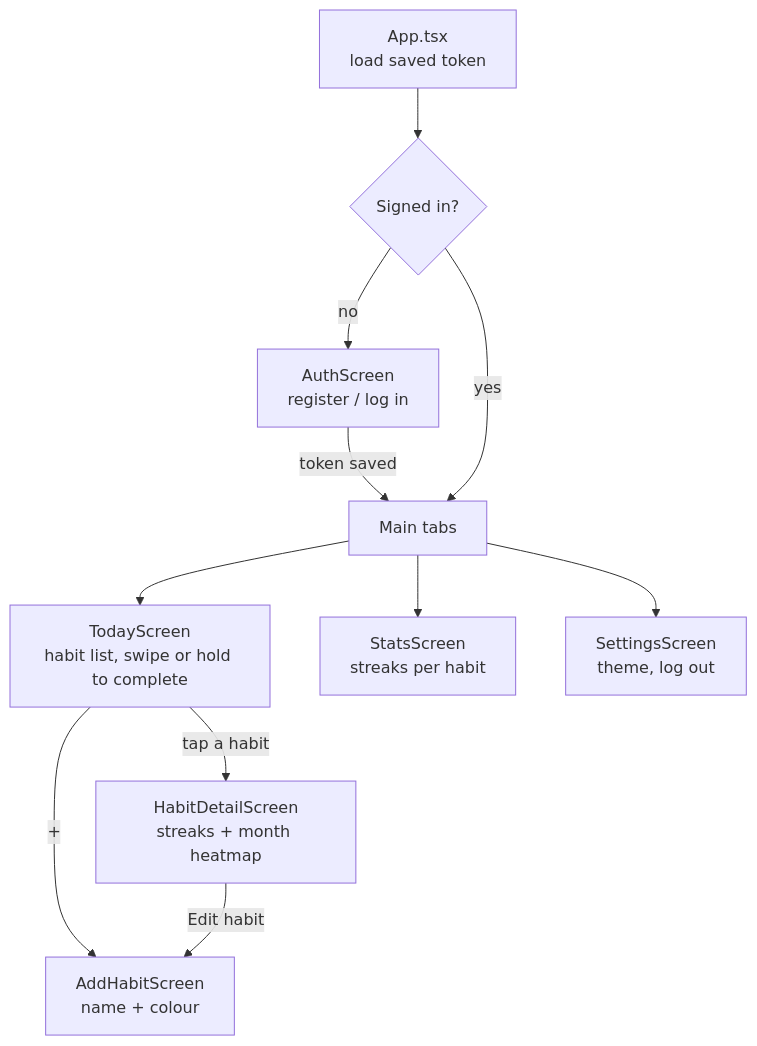
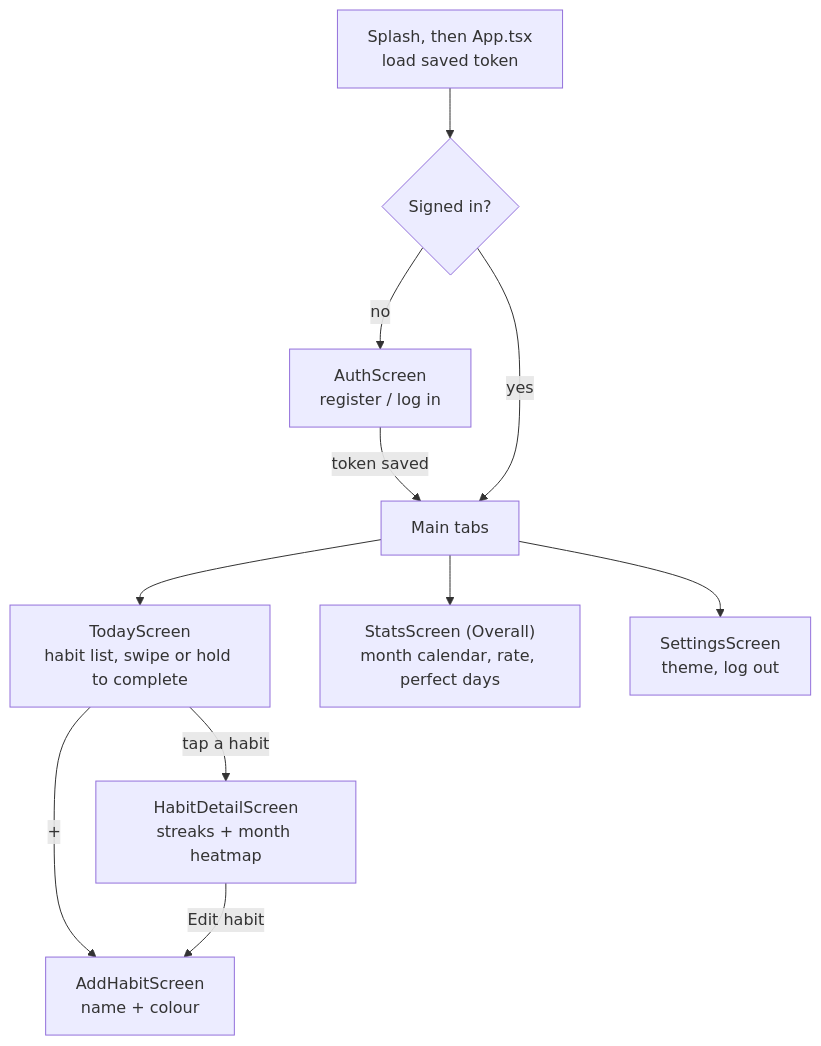
The third of 4 diagrams in README.md (laxayk/Aadat), drawn with Mermaid before and after one commit. The commit also changed other lines of this file and 20 other files, not shown here.

Commit message:
Redesign app: splash, week strip, compact habit rows, Overall screen; expose createdAt; new demo

````diff
--- a/README.md
+++ b/README.md
@@ -99,13 +99,13 @@
 ```mermaid
 flowchart TD
-    Boot["App.tsx<br/>load saved token"] --> Q{"Signed in?"}
+    Boot["Splash, then App.tsx<br/>load saved token"] --> Q{"Signed in?"}
     Q -- no --> Auth["AuthScreen<br/>register / log in"]
     Auth -->|"token saved"| Tabs
     Q -- yes --> Tabs["Main tabs"]
     Tabs --> Today["TodayScreen<br/>habit list, swipe or hold to complete"]
-    Tabs --> Stats["StatsScreen<br/>streaks per habit"]
+    Tabs --> Stats["StatsScreen (Overall)<br/>month calendar, rate, perfect days"]
     Tabs --> Settings["SettingsScreen<br/>theme, log out"]
     Today -->|"+"| Add["AddHabitScreen<br/>name + colour"]
     Today -->|"tap a habit"| Detail["HabitDetailScreen<br/>streaks + month heatmap"]
     Detail -->|"Edit habit"| Add
 ```
````
